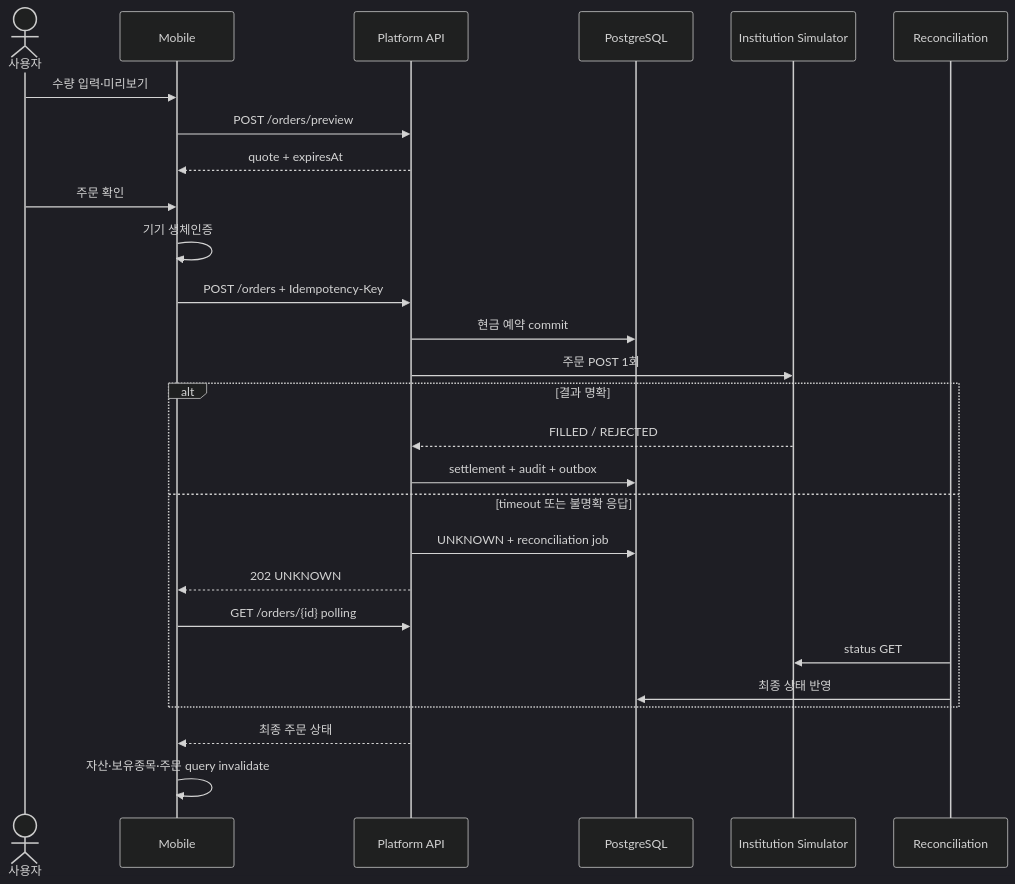
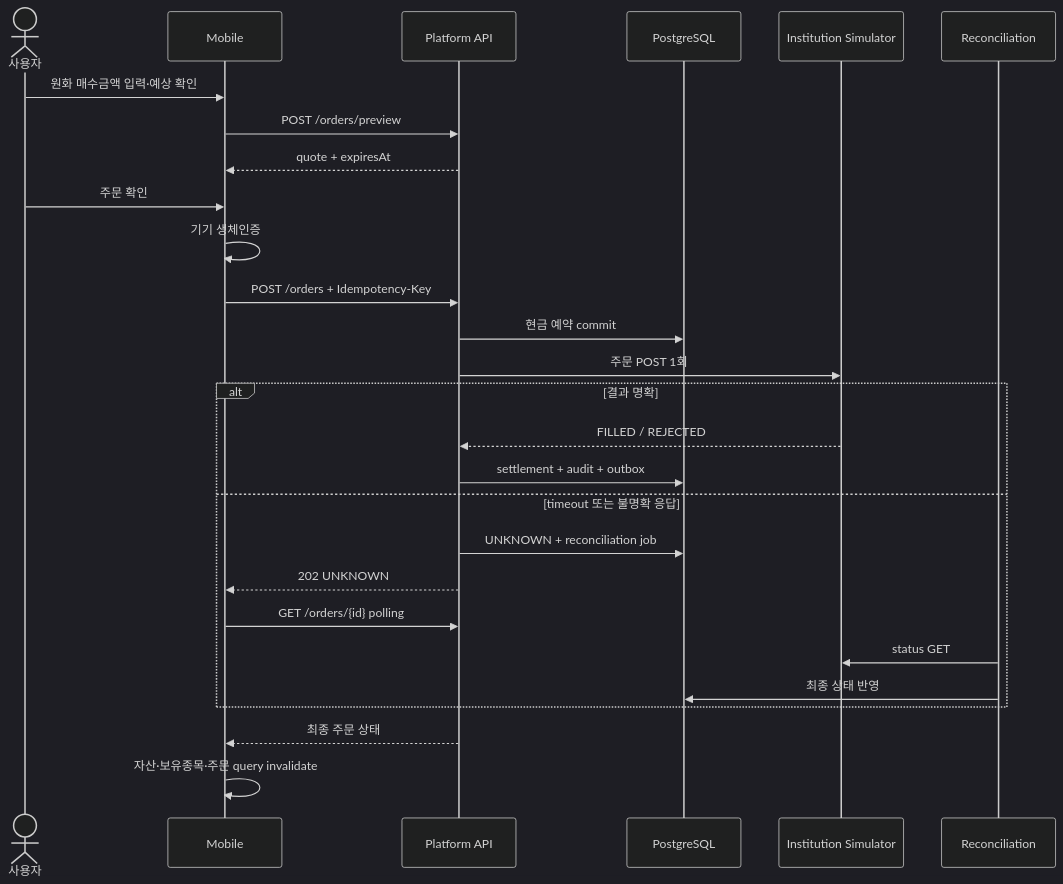
Before and after one commit to CodingBot000/FinancialApp: the sixth of 6 diagrams in docs/resume/HANWHA_LIFE_PLUS_WM_MOBILE_FRONTEND_PORTFOLIO.md, drawn with Mermaid (dark theme). The commit also changed other lines of this file and 10 other files, not shown here.

````diff
--- a/docs/resume/HANWHA_LIFE_PLUS_WM_MOBILE_FRONTEND_PORTFOLIO.md
+++ b/docs/resume/HANWHA_LIFE_PLUS_WM_MOBILE_FRONTEND_PORTFOLIO.md
@@ -472,30 +472,30 @@
 ```mermaid
 sequenceDiagram
     actor User as 사용자
     participant Mobile
     participant API as Platform API
     participant DB as PostgreSQL
     participant Broker as Institution Simulator
     participant Worker as Reconciliation
 
-    User->>Mobile: 수량 입력·미리보기
+    User->>Mobile: 원화 매수금액 입력·예상 확인
     Mobile->>API: POST /orders/preview
     API-->>Mobile: quote + expiresAt
     User->>Mobile: 주문 확인
     Mobile->>Mobile: 기기 생체인증
     Mobile->>API: POST /orders + Idempotency-Key
     API->>DB: 현금 예약 commit
     API->>Broker: 주문 POST 1회
     alt 결과 명확
         Broker-->>API: FILLED / REJECTED
         API->>DB: settlement + audit + outbox
     else timeout 또는 불명확 응답
         API->>DB: UNKNOWN + reconciliation job
         API-->>Mobile: 202 UNKNOWN
         Mobile->>API: GET /orders/{id} polling
         Worker->>Broker: status GET
         Worker->>DB: 최종 상태 반영
     end
     API-->>Mobile: 최종 주문 상태
     Mobile->>Mobile: 자산·보유종목·주문 query invalidate
 ```
````
